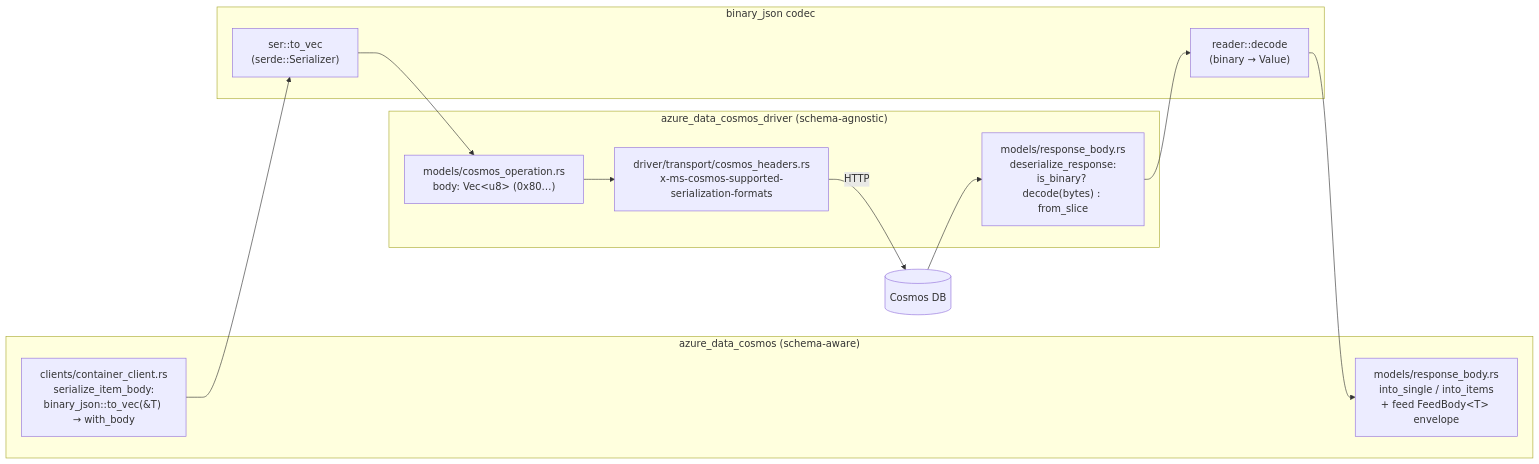
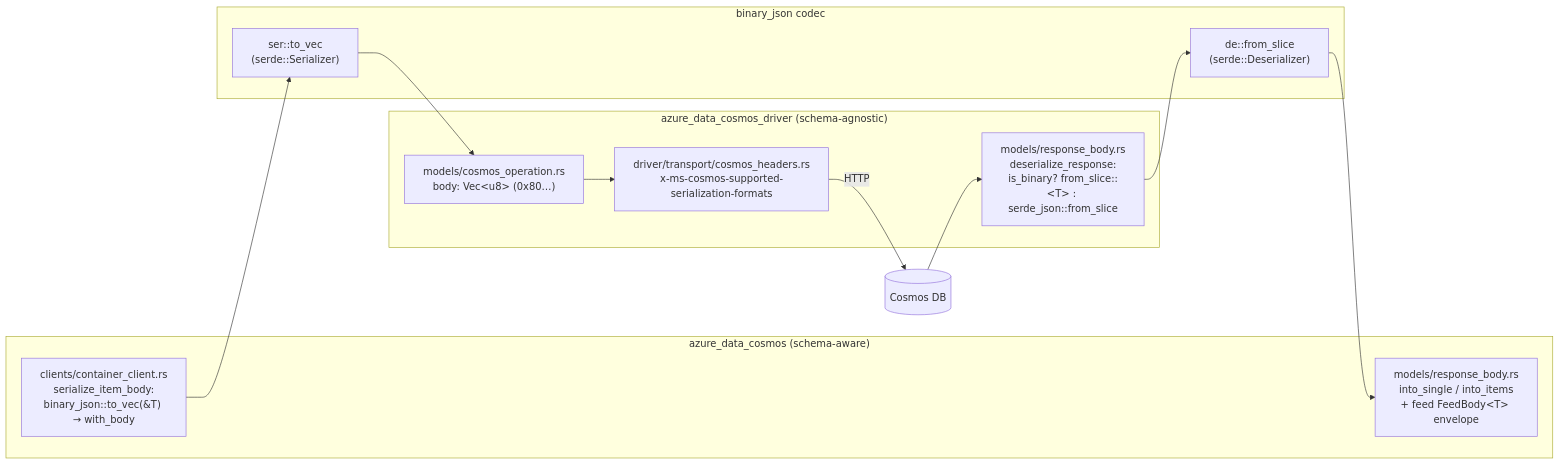
The first of 2 diagrams in sdk/cosmos/azure_data_cosmos_driver/docs/BINARY_ENCODING_SPEC.md (Azure/azure-sdk-for-rust), drawn with Mermaid before and after one commit. The commit also changed other lines of this file, not shown here.

First line of the commit message:
cosmos(docs): document the native serde deserializer in the binary-encoding spec

````diff
--- a/sdk/cosmos/azure_data_cosmos_driver/docs/BINARY_ENCODING_SPEC.md
+++ b/sdk/cosmos/azure_data_cosmos_driver/docs/BINARY_ENCODING_SPEC.md
@@ -161,19 +169,19 @@
 ```mermaid
 flowchart LR
   subgraph SDK["azure_data_cosmos (schema-aware)"]
     CI["clients/container_client.rs<br/>serialize_item_body:<br/>binary_json::to_vec(&T) → with_body"]
     RB["models/response_body.rs<br/>into_single / into_items<br/>+ feed FeedBody&lt;T&gt; envelope"]
   end
   subgraph DRV["azure_data_cosmos_driver (schema-agnostic)"]
     OP["models/cosmos_operation.rs<br/>body: Vec&lt;u8&gt; (0x80…)"]
     HDR["driver/transport/cosmos_headers.rs<br/>x-ms-cosmos-supported-serialization-formats"]
-    DRB["models/response_body.rs<br/>deserialize_response:<br/>is_binary? decode(bytes) : from_slice"]
+    DRB["models/response_body.rs<br/>deserialize_response:<br/>is_binary? from_slice::&lt;T&gt; : serde_json::from_slice"]
   end
   subgraph CODEC["binary_json codec"]
     SER["ser::to_vec<br/>(serde::Serializer)"]
-    DEC["reader::decode<br/>(binary → Value)"]
+    DE["de::from_slice<br/>(serde::Deserializer)"]
   end
   CI --> SER --> OP --> HDR
   HDR -->|HTTP| SVC[(Cosmos DB)]
-  SVC --> DRB --> DEC --> RB
+  SVC --> DRB --> DE --> RB
 ```
````
